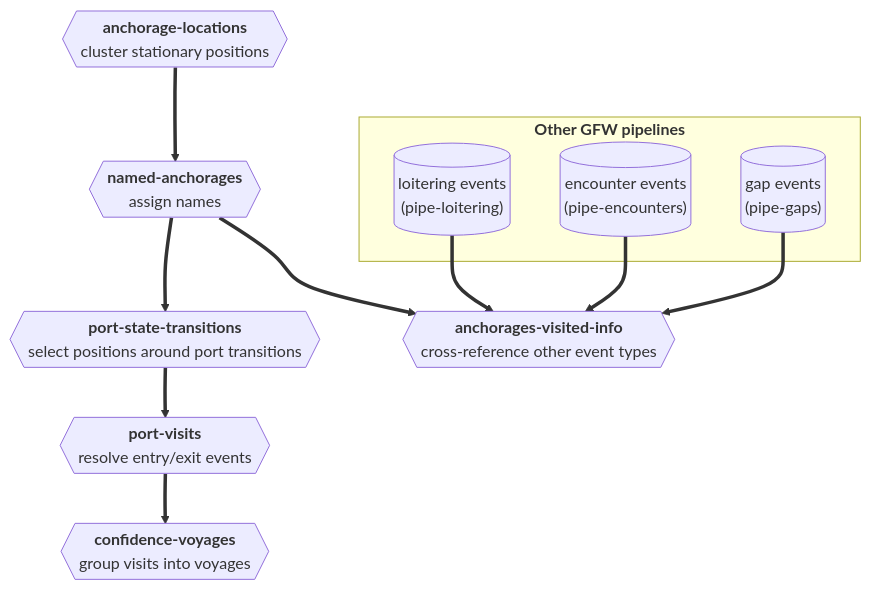
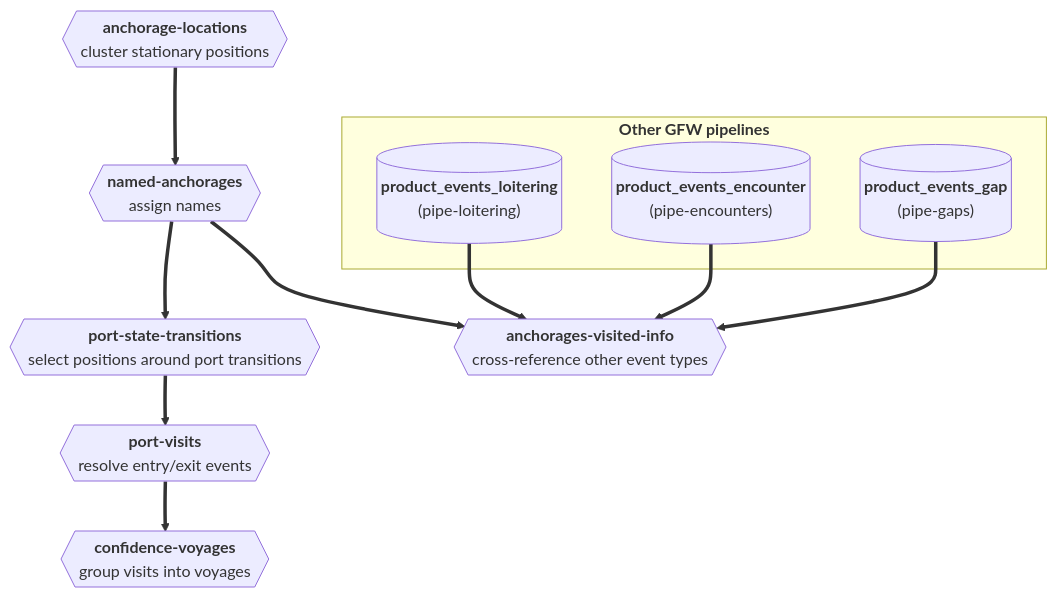
The diagram in README.md (GlobalFishingWatch/anchorages_pipeline), drawn with Mermaid before and after one commit.

Commit message:
Fix mermaid diagram

````diff
--- a/README.md
+++ b/README.md
@@ -80,29 +80,29 @@
 ```mermaid
 ---
 config:
   look: classic
   layout: dagre
   flowchart:
     wrappingWidth: 400
     padding: 8
 ---
 flowchart TD
     AP{{"<b>anchorage-locations</b><br/>cluster stationary positions"}}
     NA{{"<b>named-anchorages</b><br/>assign names"}}
     TM{{"<b>port-state-transitions</b><br/>select positions around port transitions"}}
     PV{{"<b>port-visits</b><br/>resolve entry/exit events"}}
     CV{{"<b>confidence-voyages</b><br/>group visits into voyages"}}
     AVI{{"<b>anchorages-visited-info</b><br/>cross-reference other event types"}}
 
     subgraph OTHER["<b>Other GFW pipelines</b>"]
-        LOI[("loitering events<br/>(pipe-loitering)")]
-        ENC[("encounter events<br/>(pipe-encounters)")]
-        GAP[("gap events<br/>(pipe-gaps)")]
+        LOI[("<b>product_events_loitering</b><br/>(pipe-loitering)")]
+        ENC[("<b>product_events_encounter</b><br/>(pipe-encounters)")]
+        GAP[("<b>product_events_gap</b><br/>(pipe-gaps)")]
     end
 
     AP ==> NA ==> TM ==> PV ==> CV
     NA ==> AVI
     LOI ==> AVI
     ENC ==> AVI
     GAP ==> AVI
 ```
````
